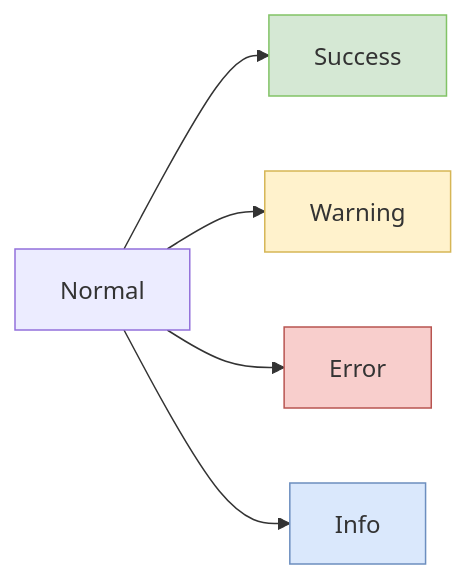
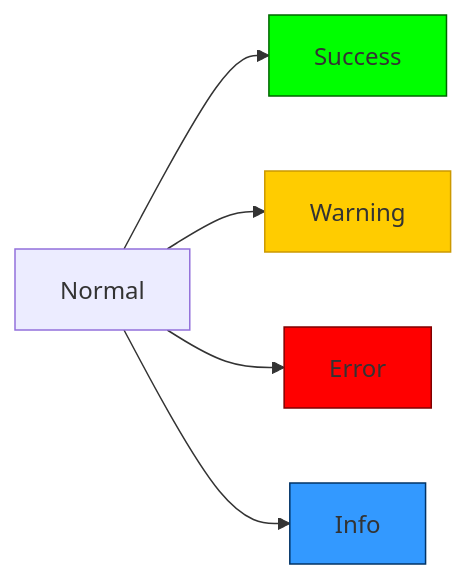
Before and after one commit to elieduclr/Awesome-Readme-Templates: diagram 17 of 24 in tools/mermaid-diagrams.md, drawn with Mermaid. The commit also changed other lines of this file, not shown here.

First line of the commit message:
Update mermaid-diagrams.md

````diff
--- a/tools/mermaid-diagrams.md
+++ b/tools/mermaid-diagrams.md
@@ -561,12 +557,12 @@
 ```mermaid
 graph LR
     A[Normal] --> B[Success]
     A --> C[Warning]
     A --> D[Error]
     A --> E[Info]
     
-    style B fill:#d5e8d4,stroke:#82c366
-    style C fill:#fff2cc,stroke:#d6b656
-    style D fill:#f8cecc,stroke:#b85450
-    style E fill:#dae8fc,stroke:#6c8ebf
+    style B fill:#00ff00,stroke:#006600
+    style C fill:#ffcc00,stroke:#cc9900
+    style D fill:#ff0000,stroke:#800000
+    style E fill:#3399ff,stroke:#003366
 ```
````
